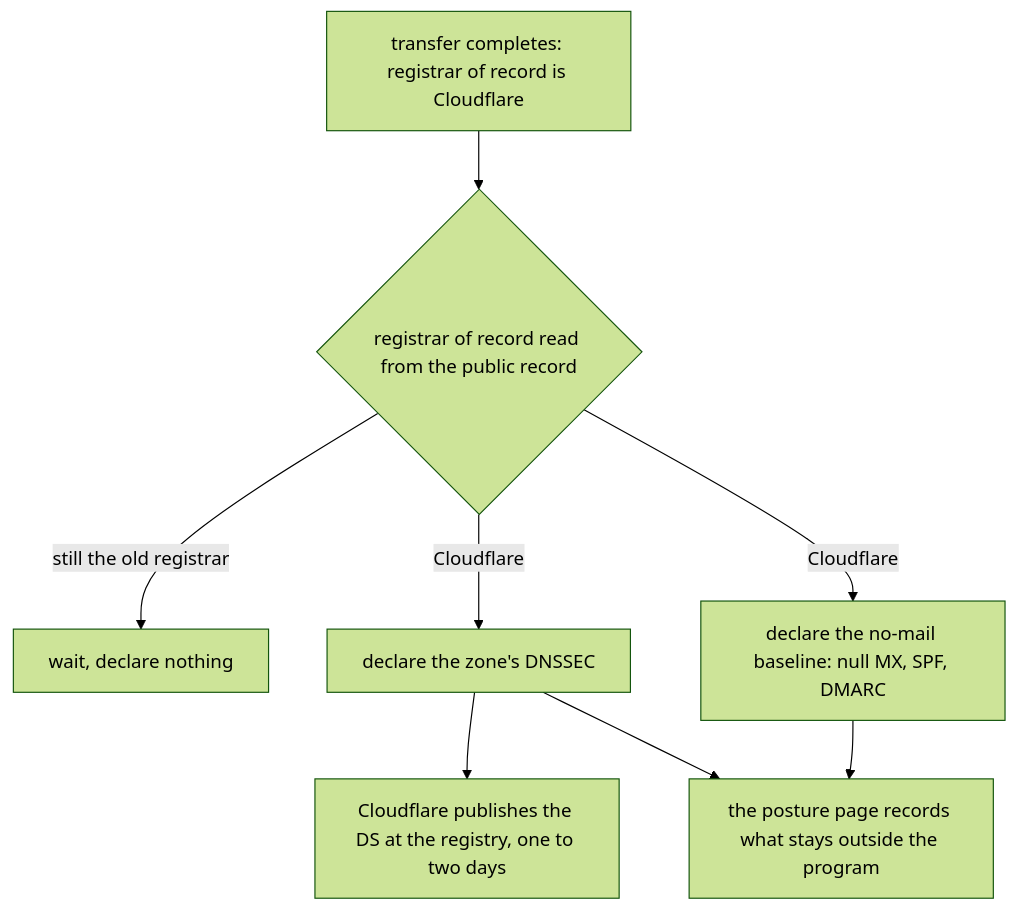
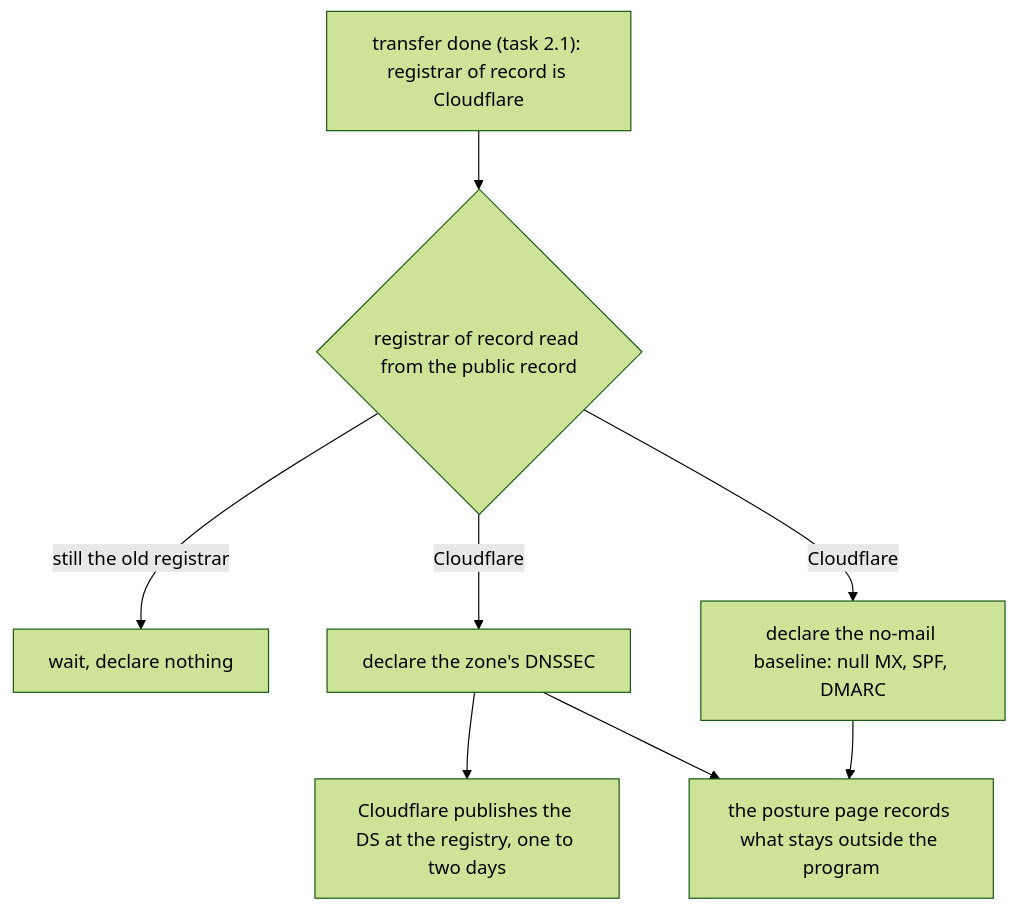
One commit to Esposter/Esposter changed the diagram in openspec/changes/infra-cloudflare-registrar/design.md. Above: the diagram before and after it, drawn with Mermaid (forest theme).

Commit message:
docs(infra-cloudflare-registrar): the registrar transfer is the diagram's done gate, task 2.1 is checked

````diff
--- a/openspec/changes/infra-cloudflare-registrar/design.md
+++ b/openspec/changes/infra-cloudflare-registrar/design.md
@@ -13,10 +13,10 @@
 ```mermaid
 flowchart TD
-  T["transfer completes: registrar of record is Cloudflare"] --> G{"registrar of record read from the public record"}
+  T["transfer done (task 2.1): registrar of record is Cloudflare"] --> G{"registrar of record read from the public record"}
   G -->|"still the old registrar"| W["wait, declare nothing"]
   G -->|"Cloudflare"| D["declare the zone's DNSSEC"]
   D --> DS["Cloudflare publishes the DS at the registry, one to two days"]
   G -->|"Cloudflare"| B["declare the no-mail baseline: null MX, SPF, DMARC"]
   D --> P["the posture page records what stays outside the program"]
   B --> P
 ```
````
